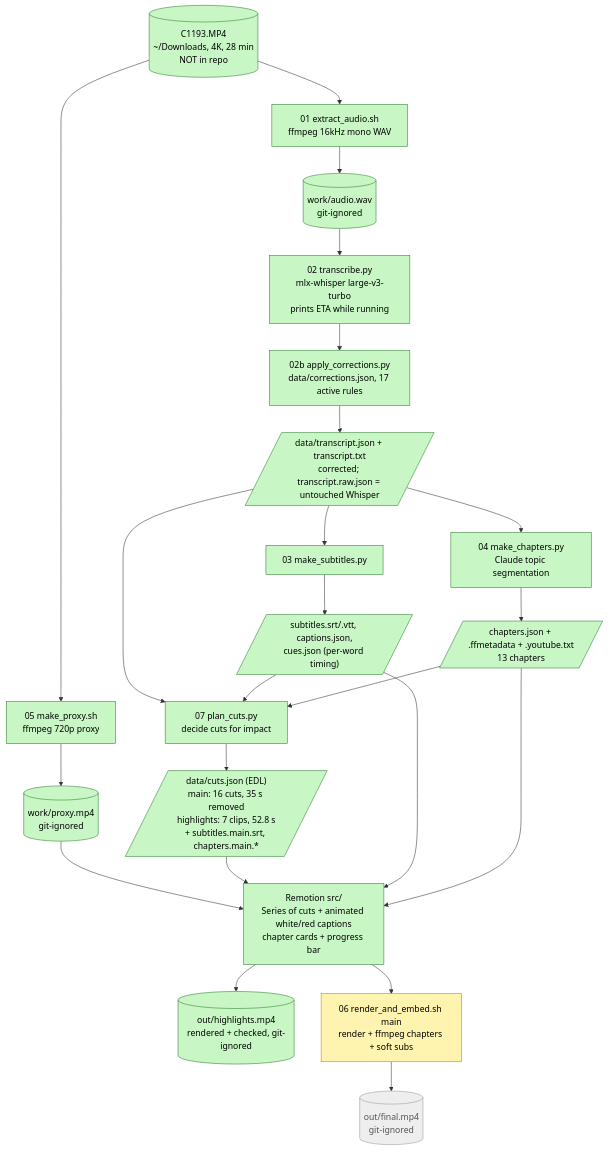
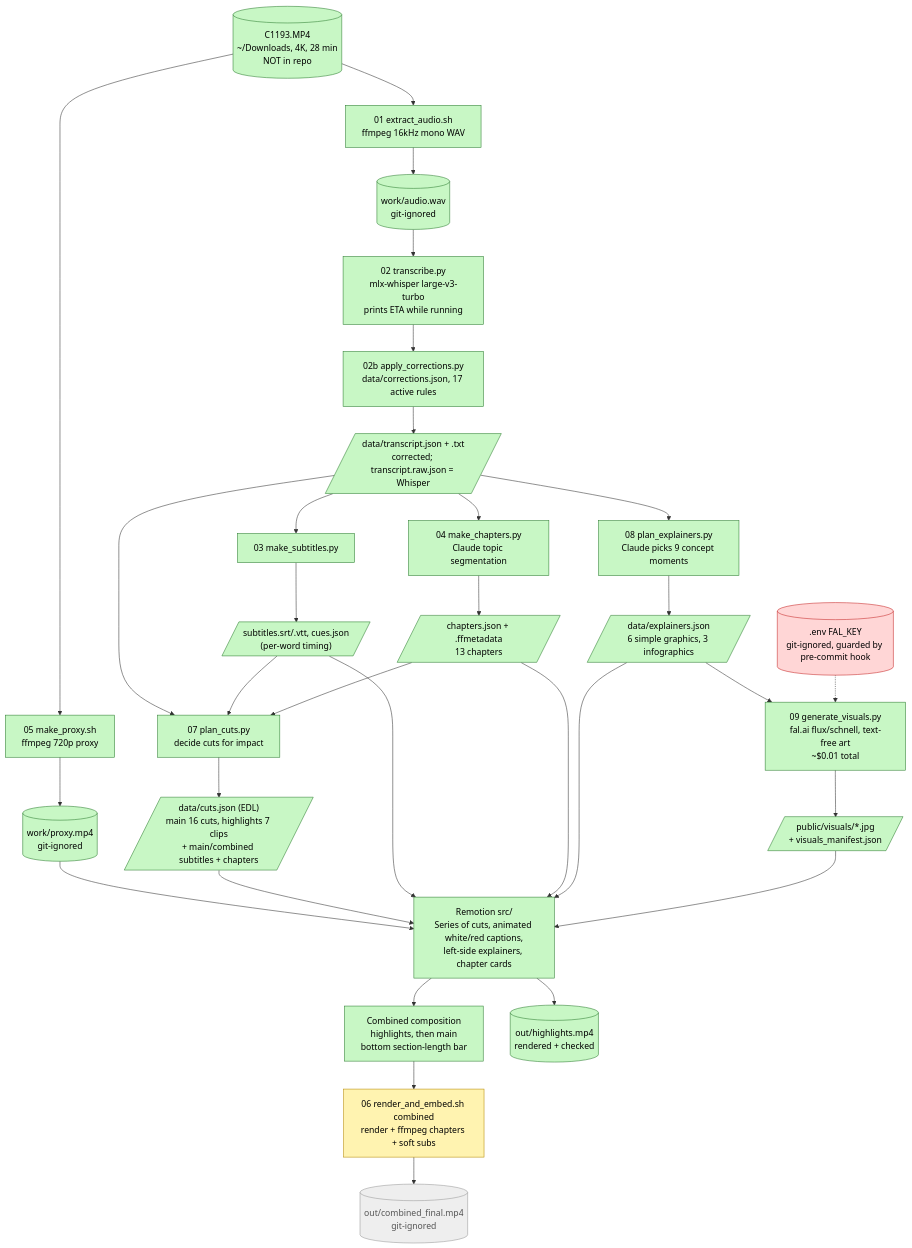
One commit to rifaterdemsahin/2026-W46_Delivery_Pilot_Interview changed the diagram in README.md. Above: the diagram before and after it, drawn with Mermaid. The commit also changed other lines of this file and 2 other files, not shown here.

Commit message:
Update README flow, workflow record and decisions for combined timeline, explainers and secrets

````diff
--- a/README.md
+++ b/README.md
@@ -13,40 +13,54 @@
 ```mermaid
 flowchart TD
     SRC[("C1193.MP4<br/>~/Downloads, 4K, 28 min<br/>NOT in repo")]:::done
     S1["01 extract_audio.sh<br/>ffmpeg 16kHz mono WAV"]:::done
     WAV[("work/audio.wav<br/>git-ignored")]:::done
     S2["02 transcribe.py<br/>mlx-whisper large-v3-turbo<br/>prints ETA while running"]:::done
     FIX["02b apply_corrections.py<br/>data/corrections.json, 17 active rules"]:::done
-    TJ[/"data/transcript.json + transcript.txt<br/>corrected; transcript.raw.json = untouched Whisper"/]:::done
+    TJ[/"data/transcript.json + .txt<br/>corrected; transcript.raw.json = Whisper"/]:::done
     S3["03 make_subtitles.py"]:::done
-    SUB[/"subtitles.srt/.vtt, captions.json,<br/>cues.json (per-word timing)"/]:::done
+    SUB[/"subtitles.srt/.vtt, cues.json<br/>(per-word timing)"/]:::done
     S4["04 make_chapters.py<br/>Claude topic segmentation"]:::done
-    CH[/"chapters.json + .ffmetadata + .youtube.txt<br/>13 chapters"/]:::done
+    CH[/"chapters.json + .ffmetadata<br/>13 chapters"/]:::done
     S7["07 plan_cuts.py<br/>decide cuts for impact"]:::done
-    EDL[/"data/cuts.json (EDL)<br/>main: 16 cuts, 35 s removed<br/>highlights: 7 clips, 52.8 s<br/>+ subtitles.main.srt, chapters.main.*"/]:::done
+    EDL[/"data/cuts.json (EDL)<br/>main 16 cuts, highlights 7 clips<br/>+ main/combined subtitles + chapters"/]:::done
+    S8["08 plan_explainers.py<br/>Claude picks 9 concept moments"]:::done
+    EXP[/"data/explainers.json<br/>6 simple graphics, 3 infographics"/]:::done
+    ENV[(".env FAL_KEY<br/>git-ignored, guarded by pre-commit hook")]:::secret
+    S9["09 generate_visuals.py<br/>fal.ai flux/schnell, text-free art<br/>~$0.01 total"]:::done
+    IMG[/"public/visuals/*.jpg<br/>+ visuals_manifest.json"/]:::done
     S5["05 make_proxy.sh<br/>ffmpeg 720p proxy"]:::done
     PX[("work/proxy.mp4<br/>git-ignored")]:::done
-    RM["Remotion src/<br/>Series of cuts + animated white/red captions<br/>chapter cards + progress bar"]:::done
-    HL[("out/highlights.mp4<br/>rendered + checked, git-ignored")]:::done
-    S6["06 render_and_embed.sh main<br/>render + ffmpeg chapters + soft subs"]:::wip
-    OUT[("out/final.mp4<br/>git-ignored")]:::todo
+    RM["Remotion src/<br/>Series of cuts, animated white/red captions,<br/>left-side explainers, chapter cards"]:::done
+    COMB["Combined composition<br/>highlights, then main<br/>bottom section-length bar"]:::done
+    HL[("out/highlights.mp4<br/>rendered + checked")]:::done
+    S6["06 render_and_embed.sh combined<br/>render + ffmpeg chapters + soft subs"]:::wip
+    OUT[("out/combined_final.mp4<br/>git-ignored")]:::todo
 
     SRC --> S1 --> WAV --> S2 --> FIX --> TJ
     TJ --> S3 --> SUB
     TJ --> S4 --> CH
     TJ --> S7
     SUB --> S7
     CH --> S7
     S7 --> EDL
+    TJ --> S8 --> EXP
+    EXP --> S9
+    ENV -.-> S9
+    S9 --> IMG
     SRC --> S5 --> PX
     PX --> RM
     EDL --> RM
     SUB --> RM
     CH --> RM
+    EXP --> RM
+    IMG --> RM
+    RM --> COMB
     RM --> HL
-    RM --> S6 --> OUT
+    COMB --> S6 --> OUT
 
     classDef done fill:#c8f7c5,stroke:#2e7d32,color:#000
     classDef wip fill:#fff3b0,stroke:#b58900,color:#000
     classDef todo fill:#eee,stroke:#999,color:#555
+    classDef secret fill:#ffd6d6,stroke:#c62828,color:#000
 ```
````
